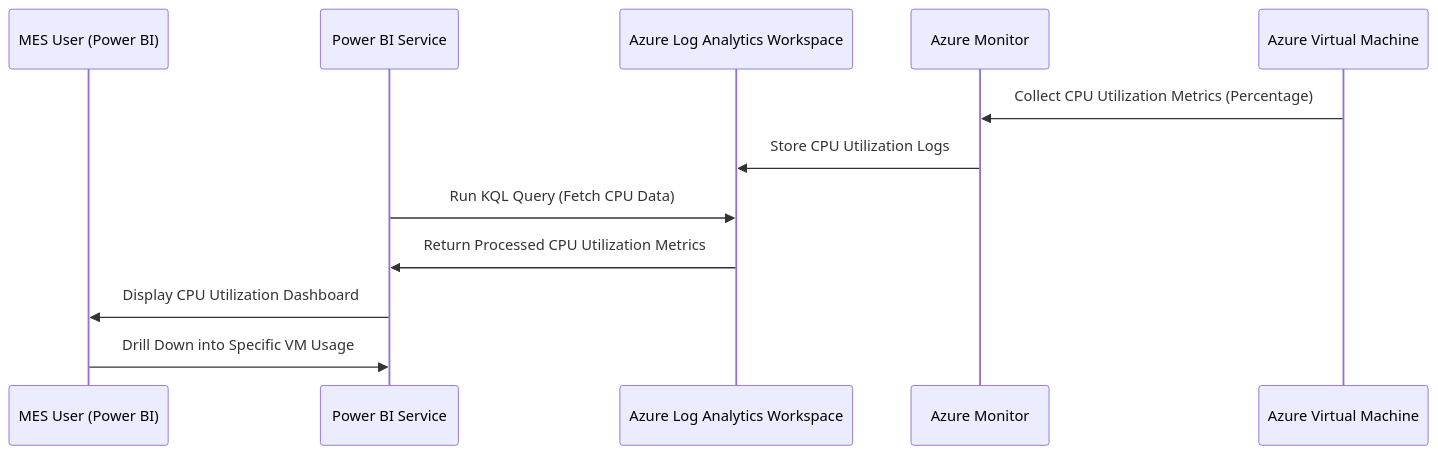
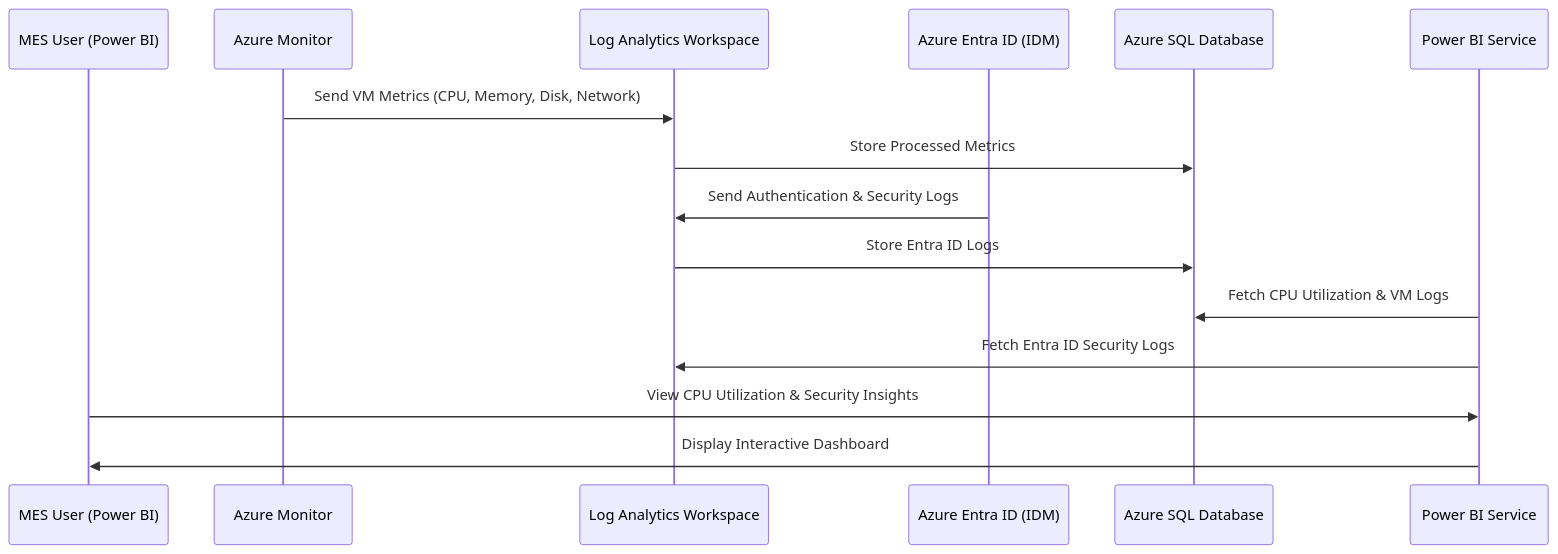
Before and after one commit to oigbokwe73/MuleSoft-Moveit-Azure-Data-Logging-Monitoring-Solution: the first of 13 diagrams in README.md, drawn with Mermaid. The commit also changed other lines of this file, not shown here.

````diff
--- a/README.md
+++ b/README.md
@@ -16,20 +31,25 @@
 ```mermaid
 sequenceDiagram
     participant User as MES User (Power BI)
+    participant AzureMonitor as Azure Monitor
+    participant LogAnalytics as Log Analytics Workspace
+    participant EntraID as Azure Entra ID (IDM)
+    participant AzureSQL as Azure SQL Database
     participant PowerBI as Power BI Service
-    participant LogAnalytics as Azure Log Analytics Workspace
-    participant Monitor as Azure Monitor
-    participant VM as Azure Virtual Machine
 
-    %% Step 1: Data Collection
-    VM->>Monitor: Collect CPU Utilization Metrics (Percentage)
-    Monitor->>LogAnalytics: Store CPU Utilization Logs
+    %% Step 1: Collect VM Metrics
+    AzureMonitor->>LogAnalytics: Send VM Metrics (CPU, Memory, Disk, Network)
+    LogAnalytics->>AzureSQL: Store Processed Metrics
 
-    %% Step 2: Query and Fetch Data
-    PowerBI->>LogAnalytics: Run KQL Query (Fetch CPU Data)
-    LogAnalytics->>PowerBI: Return Processed CPU Utilization Metrics
+    %% Step 2: Collect Entra ID Logs
+    EntraID->>LogAnalytics: Send Authentication & Security Logs
+    LogAnalytics->>AzureSQL: Store Entra ID Logs
 
-    %% Step 3: Visualization
-    PowerBI->>User: Display CPU Utilization Dashboard
-    User->>PowerBI: Drill Down into Specific VM Usage
+    %% Step 3: Power BI Queries Data
+    PowerBI->>AzureSQL: Fetch CPU Utilization & VM Logs
+    PowerBI->>LogAnalytics: Fetch Entra ID Security Logs
+
+    %% Step 4: User Accesses Power BI Dashboard
+    User->>PowerBI: View CPU Utilization & Security Insights
+    PowerBI->>User: Display Interactive Dashboard
 ```
````
